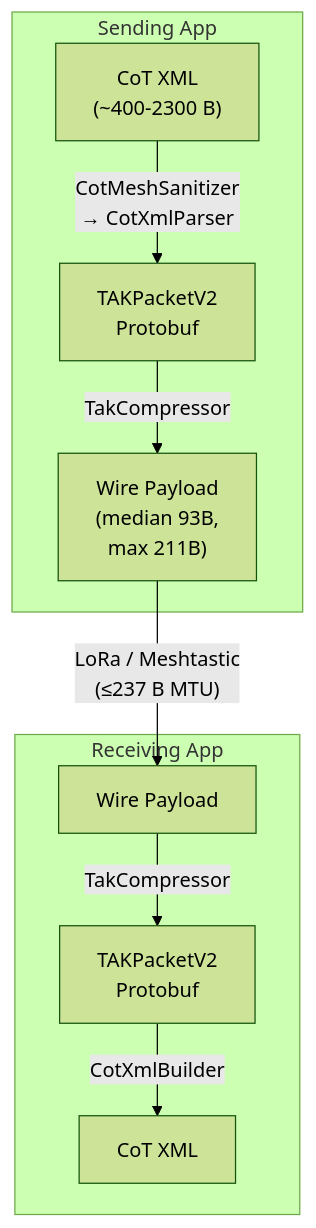
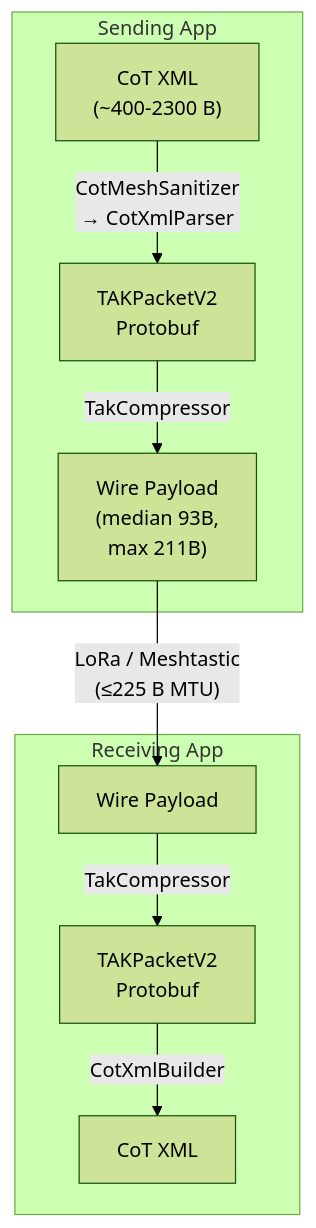
Before and after one commit to meshtastic/TAKPacket-SDK: the first of 2 diagrams in README.md, drawn with Mermaid (forest theme). The commit also changed other lines of this file and 27 other files, not shown here.

````diff
--- a/README.md
+++ b/README.md
@@ -25,18 +25,18 @@
 ```mermaid
 flowchart TD
     subgraph send ["Sending App"]
         A["CoT XML<br/>(~400-2300 B)"]
         B["TAKPacketV2<br/>Protobuf"]
         C["Wire Payload<br/>(median 93B,<br/>max 211B)"]
         A -->|"CotMeshSanitizer<br/>→ CotXmlParser"| B
         B -->|TakCompressor| C
     end
-    C -->|"LoRa / Meshtastic<br/>(≤237 B MTU)"| D
+    C -->|"LoRa / Meshtastic<br/>(≤225 B MTU)"| D
     subgraph recv ["Receiving App"]
         D["Wire Payload"]
         E["TAKPacketV2<br/>Protobuf"]
         F["CoT XML"]
         D -->|TakCompressor| E
         E -->|CotXmlBuilder| F
     end
 ```
````
